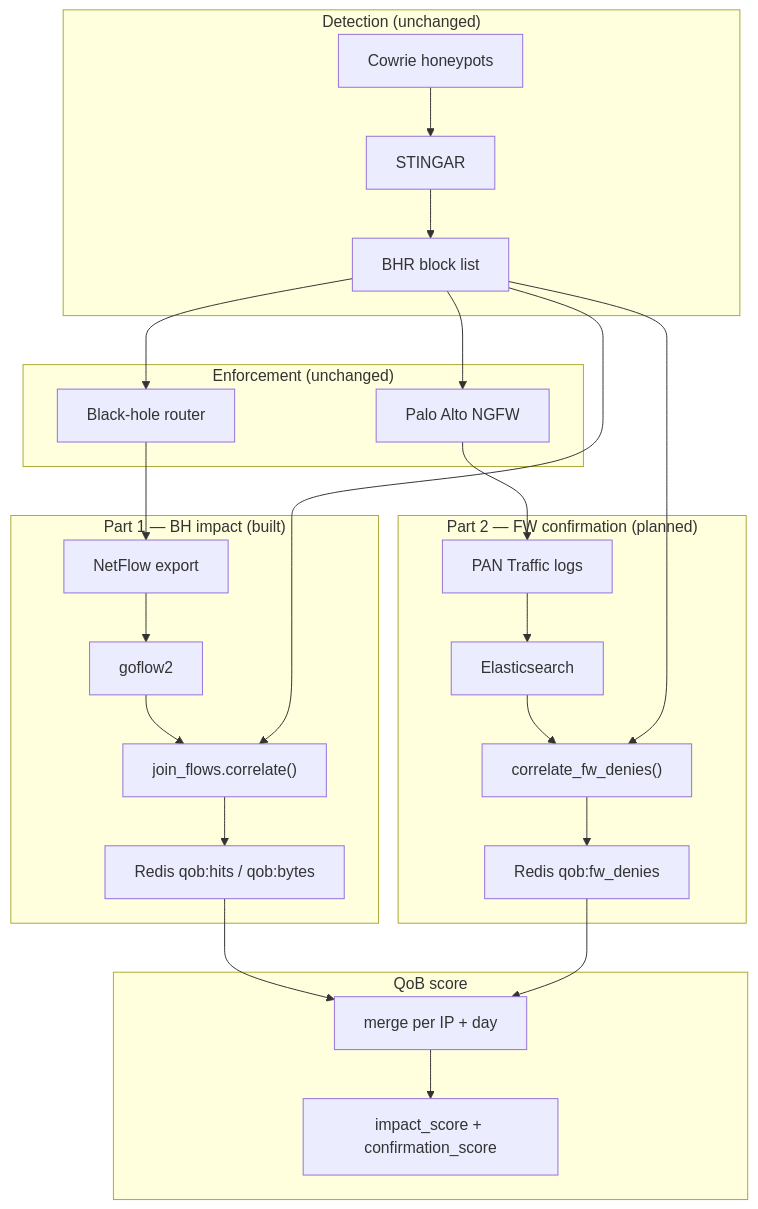
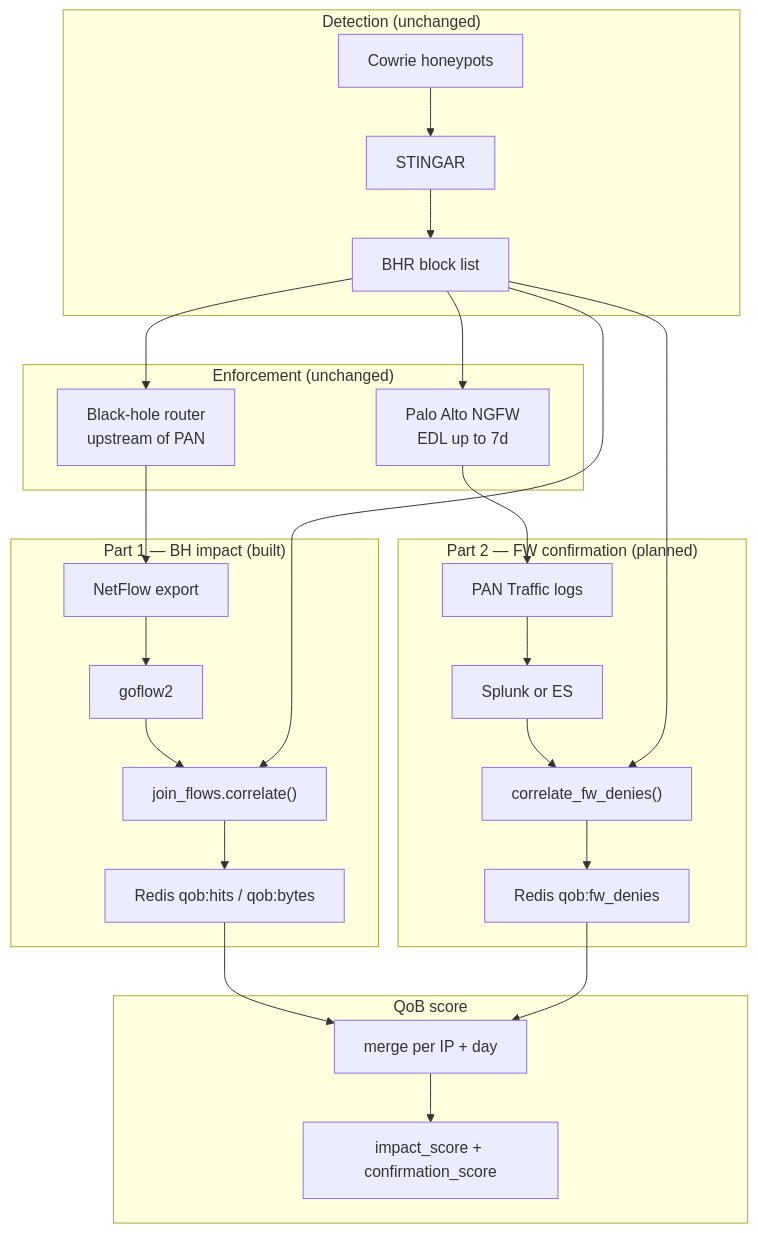
One commit to reese-pagtalunan/quality-of-blocking changed the third of 3 diagrams in plan-fw-denies.md. Above: the diagram before and after it, drawn with Mermaid. The commit also changed other lines of this file and 4 other files, not shown here.

````diff
--- a/plan-fw-denies.md
+++ b/plan-fw-denies.md
@@ -107,42 +115,42 @@
 ```mermaid
 flowchart TB
     subgraph DETECT["Detection (unchanged)"]
         COW["Cowrie honeypots"]
         STG["STINGAR"]
         BHR["BHR block list"]
         COW --> STG --> BHR
     end
 
     subgraph ENFORCE["Enforcement (unchanged)"]
-        BH["Black-hole router"]
-        FW["Palo Alto NGFW"]
+        BH["Black-hole router<br/>upstream of PAN"]
+        FW["Palo Alto NGFW<br/>EDL up to 7d"]
         BHR --> BH
         BHR --> FW
     end
 
     subgraph MEASURE1["Part 1 — BH impact (built)"]
         NF["NetFlow export"]
         GF["goflow2"]
         J1["join_flows.correlate()"]
         R1["Redis qob:hits / qob:bytes"]
         BH --> NF --> GF --> J1
         BHR --> J1 --> R1
     end
 
     subgraph MEASURE2["Part 2 — FW confirmation (planned)"]
         LOG["PAN Traffic logs"]
-        ES["Elasticsearch"]
+        SIEM["Splunk or ES"]
         J2["correlate_fw_denies()"]
         R2["Redis qob:fw_denies"]
-        FW --> LOG --> ES --> J2
+        FW --> LOG --> SIEM --> J2
         BHR --> J2 --> R2
     end
 
     subgraph SCORE["QoB score"]
         MERGE["merge per IP + day"]
         OUT["impact_score + confirmation_score"]
         R1 --> MERGE
         R2 --> MERGE
         MERGE --> OUT
     end
 ```
````
